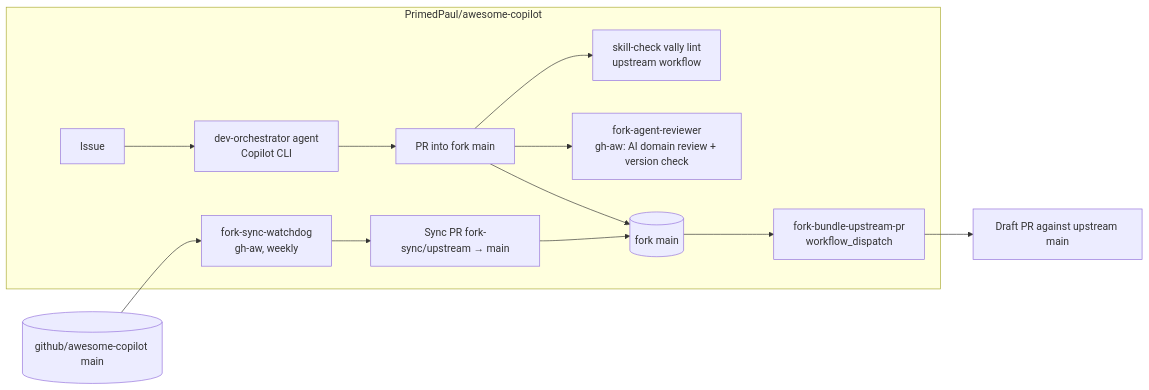
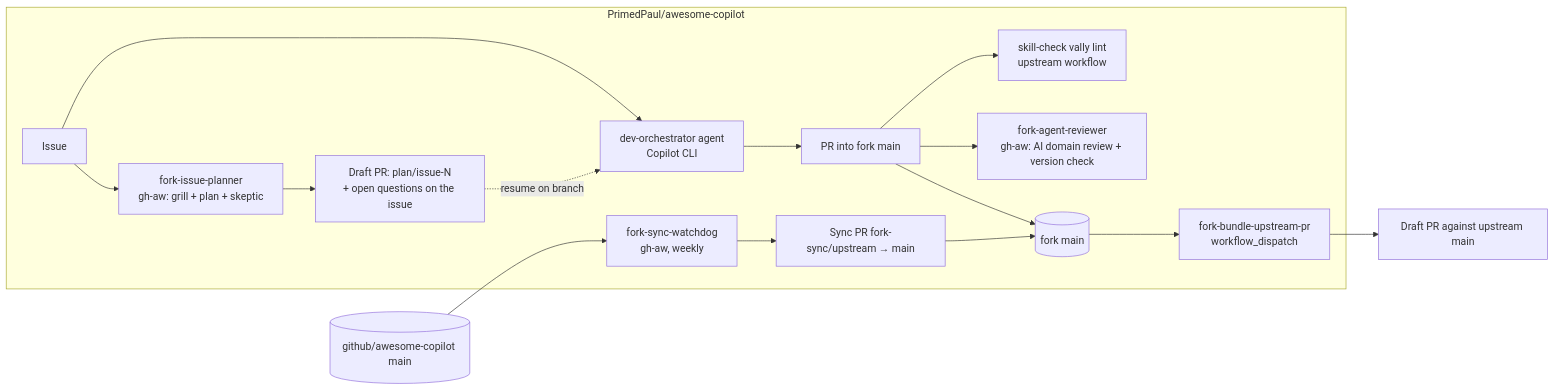
The diagram in .github/fork-only/README.md (github/awesome-copilot), drawn with Mermaid before and after one commit. The commit also changed other lines of this file and 4 other files, not shown here.

First line of the commit message:
feat(fork-only): add fork-issue-planner agentic workflow

````diff
--- a/.github/fork-only/README.md
+++ b/.github/fork-only/README.md
@@ -13,15 +13,18 @@
 ```mermaid
 flowchart LR
   subgraph fork [PrimedPaul/awesome-copilot]
-    issue[Issue] --> orch[dev-orchestrator agent<br/>Copilot CLI]
+    issue[Issue] --> planner[fork-issue-planner<br/>gh-aw: grill + plan + skeptic]
+    planner --> planpr[Draft PR: plan/issue-N<br/>+ open questions on the issue]
+    issue --> orch[dev-orchestrator agent<br/>Copilot CLI]
+    planpr -.resume on branch.-> orch
     orch --> pr[PR into fork main]
     pr --> vally[skill-check vally lint<br/>upstream workflow]
     pr --> rev[fork-agent-reviewer<br/>gh-aw: AI domain review + version check]
     pr --> main[(fork main)]
     wd[fork-sync-watchdog<br/>gh-aw, weekly] --> syncpr[Sync PR fork-sync/upstream → main]
     syncpr --> main
     main --> bundle[fork-bundle-upstream-pr<br/>workflow_dispatch]
   end
   upstream[(github/awesome-copilot main)] --> wd
   bundle --> uppr[Draft PR against upstream main]
 ```
````
